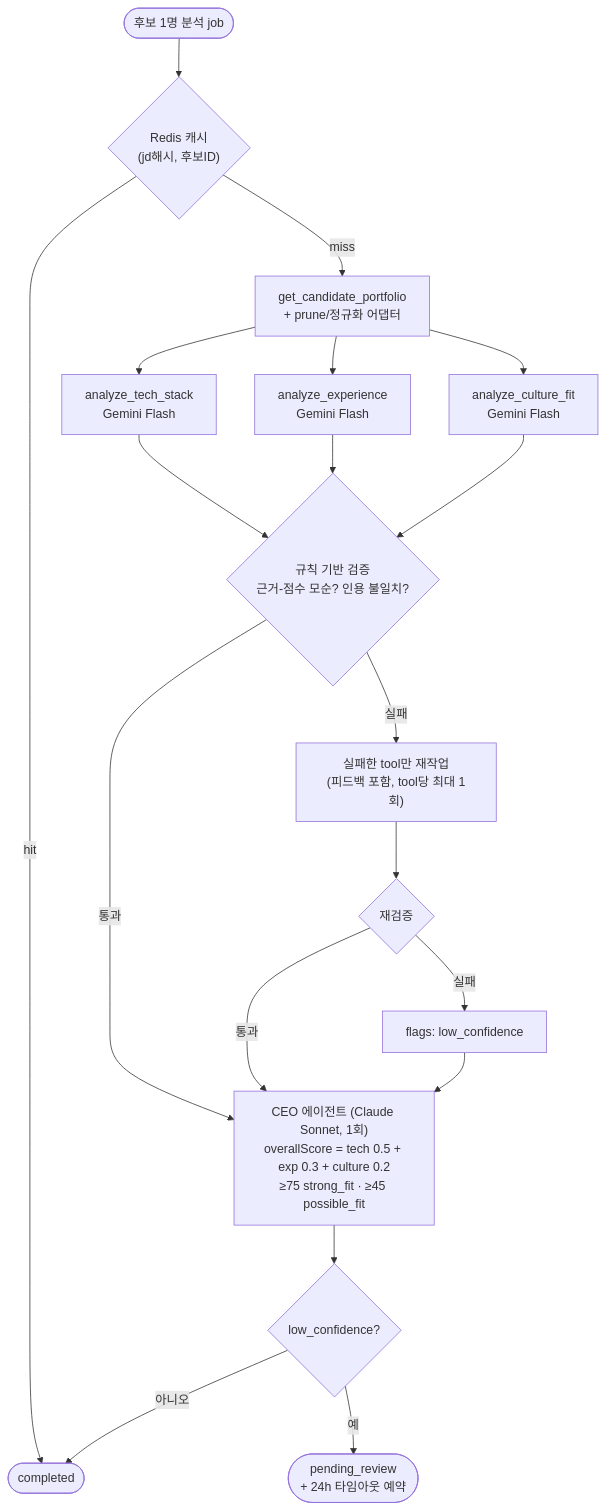
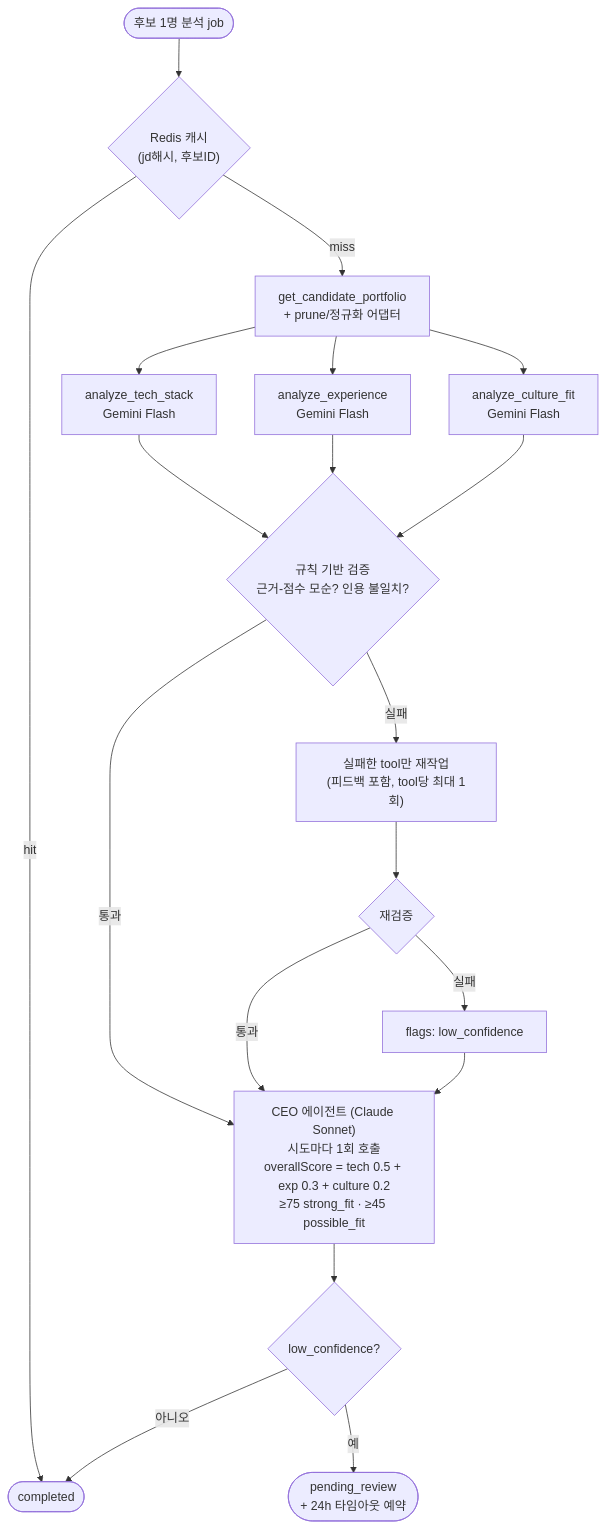
One commit to sung1842/jd-fit-analyzer changed the sixth of 9 diagrams in docs/portfolio_scout_automation.md. Above: the diagram before and after it, drawn with Mermaid. The commit also changed other lines of this file and 1 other file, not shown here.

````diff
--- a/docs/portfolio_scout_automation.md
+++ b/docs/portfolio_scout_automation.md
@@ -231,19 +231,19 @@
 ```mermaid
 flowchart TB
     START(["후보 1명 분석 job"]) --> CACHE{"Redis 캐시<br/>(jd해시, 후보ID)"}
     CACHE -- hit --> DONE
     CACHE -- miss --> GET["get_candidate_portfolio<br/>+ prune/정규화 어댑터"]
     GET --> P1["analyze_tech_stack<br/>Gemini Flash"]
     GET --> P2["analyze_experience<br/>Gemini Flash"]
     GET --> P3["analyze_culture_fit<br/>Gemini Flash"]
     P1 & P2 & P3 --> V{"규칙 기반 검증<br/>근거-점수 모순? 인용 불일치?"}
-    V -- 통과 --> CEO["CEO 에이전트 (Claude Sonnet, 1회)<br/>overallScore = tech 0.5 + exp 0.3 + culture 0.2<br/>≥75 strong_fit · ≥45 possible_fit"]
+    V -- 통과 --> CEO["CEO 에이전트 (Claude Sonnet)<br/>시도마다 1회 호출<br/>overallScore = tech 0.5 + exp 0.3 + culture 0.2<br/>≥75 strong_fit · ≥45 possible_fit"]
     V -- 실패 --> RW["실패한 tool만 재작업<br/>(피드백 포함, tool당 최대 1회)"]
     RW --> V2{"재검증"}
     V2 -- 통과 --> CEO
     V2 -- 실패 --> LOW["flags: low_confidence"]
     LOW --> CEO
     CEO --> ST{"low_confidence?"}
     ST -- 아니오 --> DONE(["completed"])
     ST -- 예 --> HIL(["pending_review<br/>+ 24h 타임아웃 예약"])
 ```
````
